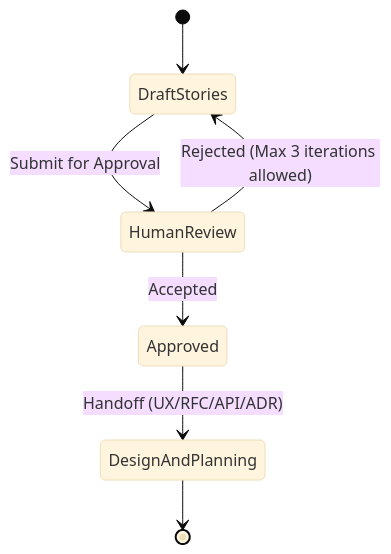
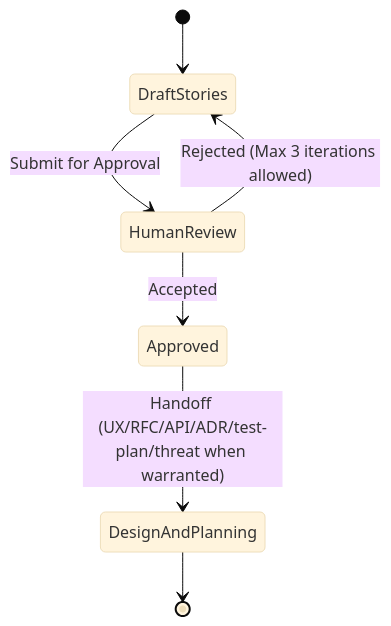
One commit to mjbvilhena/ai-sdlc-harness changed the diagram in mcp-server/data/templates/user_story.md. Above: the diagram before and after it, drawn with Mermaid (base theme). The commit also changed 33 other files, not shown here.

````diff
--- a/mcp-server/data/templates/user_story.md
+++ b/mcp-server/data/templates/user_story.md
@@ -73,9 +73,9 @@
 ```mermaid
 stateDiagram-v2
     [*] --> DraftStories
     DraftStories --> HumanReview: Submit for Approval
     HumanReview --> DraftStories: Rejected (Max 3 iterations allowed)
     HumanReview --> Approved: Accepted
-    Approved --> DesignAndPlanning: Handoff (UX/RFC/API/ADR)
+    Approved --> DesignAndPlanning: Handoff (UX/RFC/API/ADR/test-plan/threat when warranted)
     DesignAndPlanning --> [*]
 ```
````
